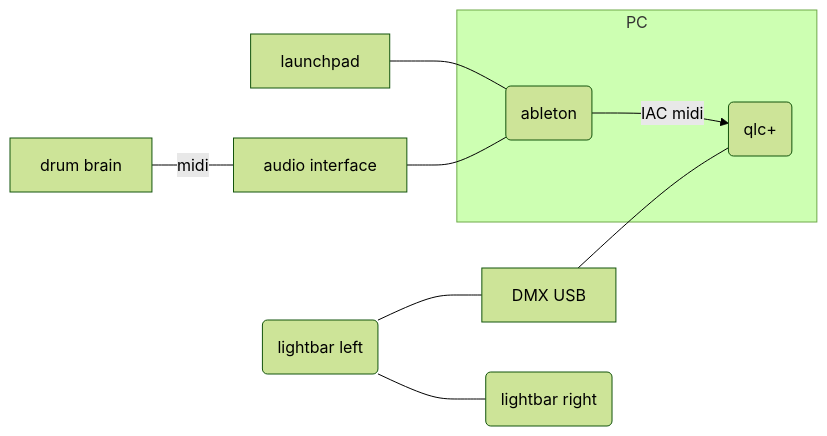
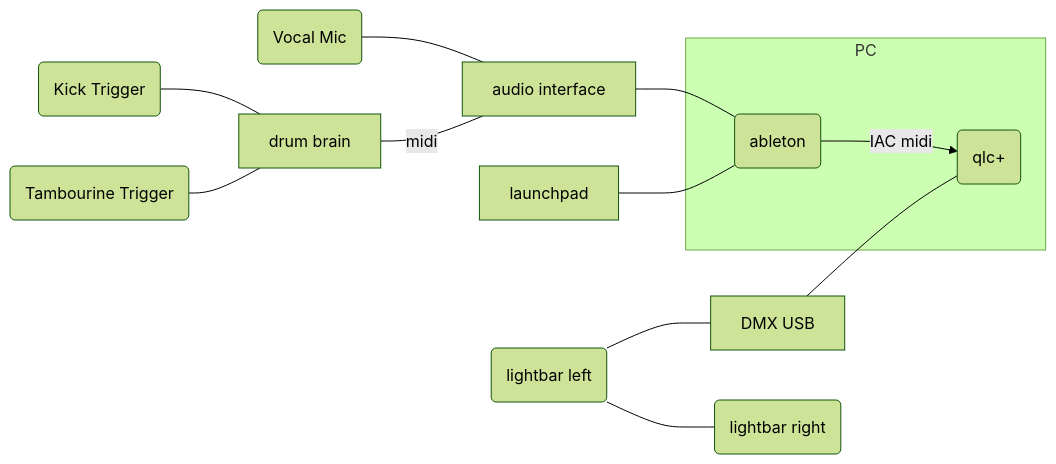
One commit to koniho/futuretrash changed the diagram in README.md. Above: the diagram before and after it, drawn with Mermaid (forest theme). The commit also changed other lines of this file, not shown here.

````diff
--- a/README.md
+++ b/README.md
@@ -9,15 +11,19 @@
 ```mermaid
 flowchart LR
 
+mic(Vocal Mic) --- ai
 dmxctrl[DMX USB] --- lightctrl
 launchpad --- ableton
 ai[audio interface] --- ableton
 dtx[drum brain] -- midi --- ai
+
+kicktrig(Kick Trigger) --- dtx
+tambtrig(Tambourine Trigger) --- dtx
 
 lb1 --- dmxctrl
 lb1(lightbar left) --- lb2(lightbar right)
 
 subgraph PC
   ableton(ableton) -- IAC midi --> lightctrl(qlc+)
 end
 ```
````
